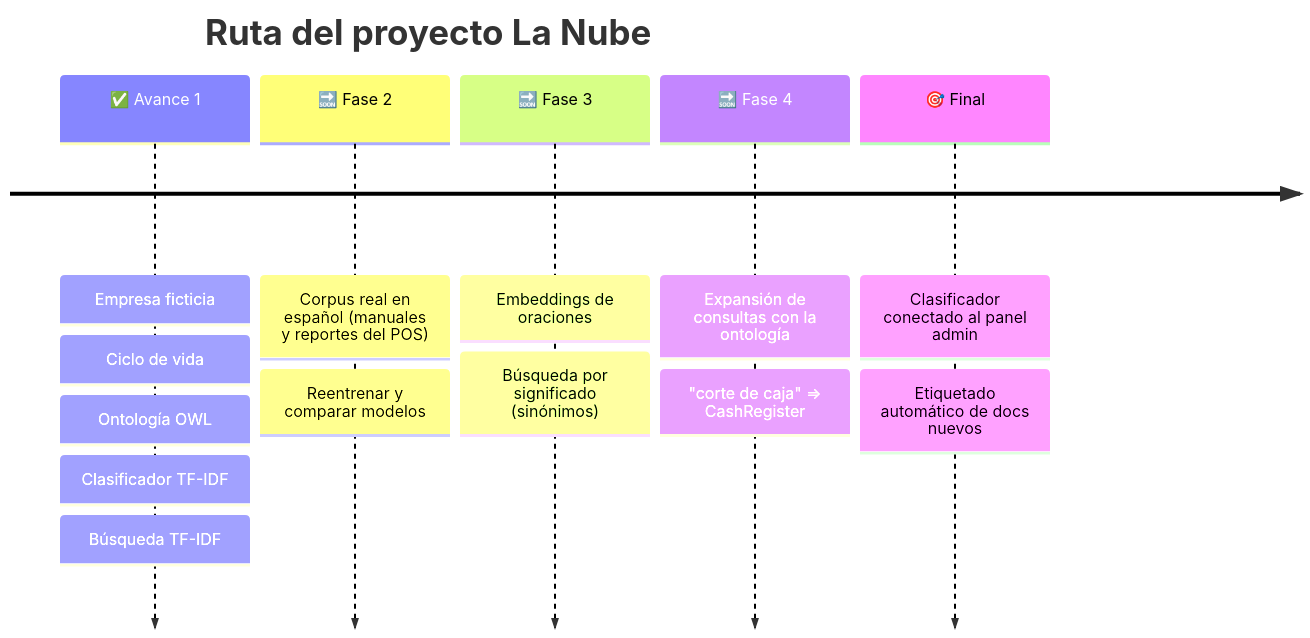
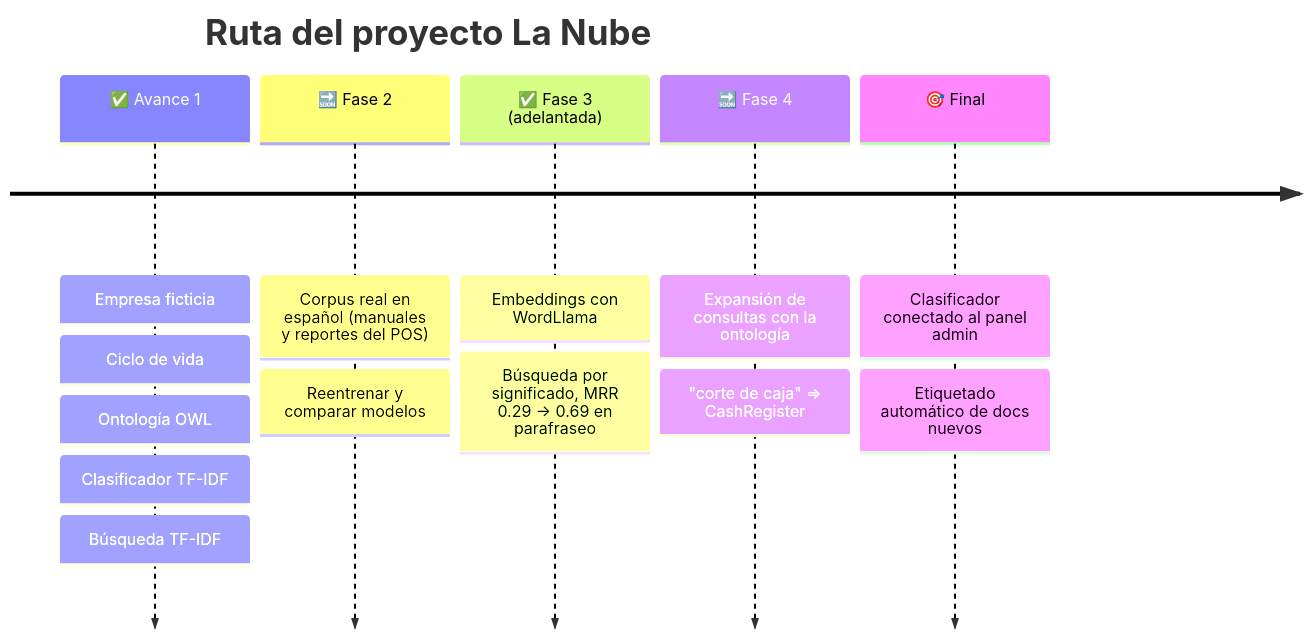
Before and after one commit to C0z1/la-nube-gestion-conocimiento: the fourth of 4 diagrams in README.md, drawn with Mermaid. The commit also changed other lines of this file and 4 other files, not shown here.

First line of the commit message:
Búsqueda con embeddings (WordLlama) y comparación contra TF-IDF

````diff
--- a/README.md
+++ b/README.md
@@ -126,9 +146,9 @@
 ```mermaid
 timeline
     title Ruta del proyecto La Nube
     ✅ Avance 1 : Empresa ficticia : Ciclo de vida : Ontología OWL : Clasificador TF-IDF : Búsqueda TF-IDF
     🔜 Fase 2 : Corpus real en español (manuales y reportes del POS) : Reentrenar y comparar modelos
-    🔜 Fase 3 : Embeddings de oraciones : Búsqueda por significado (sinónimos)
+    ✅ Fase 3 (adelantada) : Embeddings con WordLlama : Búsqueda por significado, MRR 0.29 → 0.69 en parafraseo
     🔜 Fase 4 : Expansión de consultas con la ontología : "corte de caja" ⇒ CashRegister
     🎯 Final : Clasificador conectado al panel admin : Etiquetado automático de docs nuevos
 ```
````
